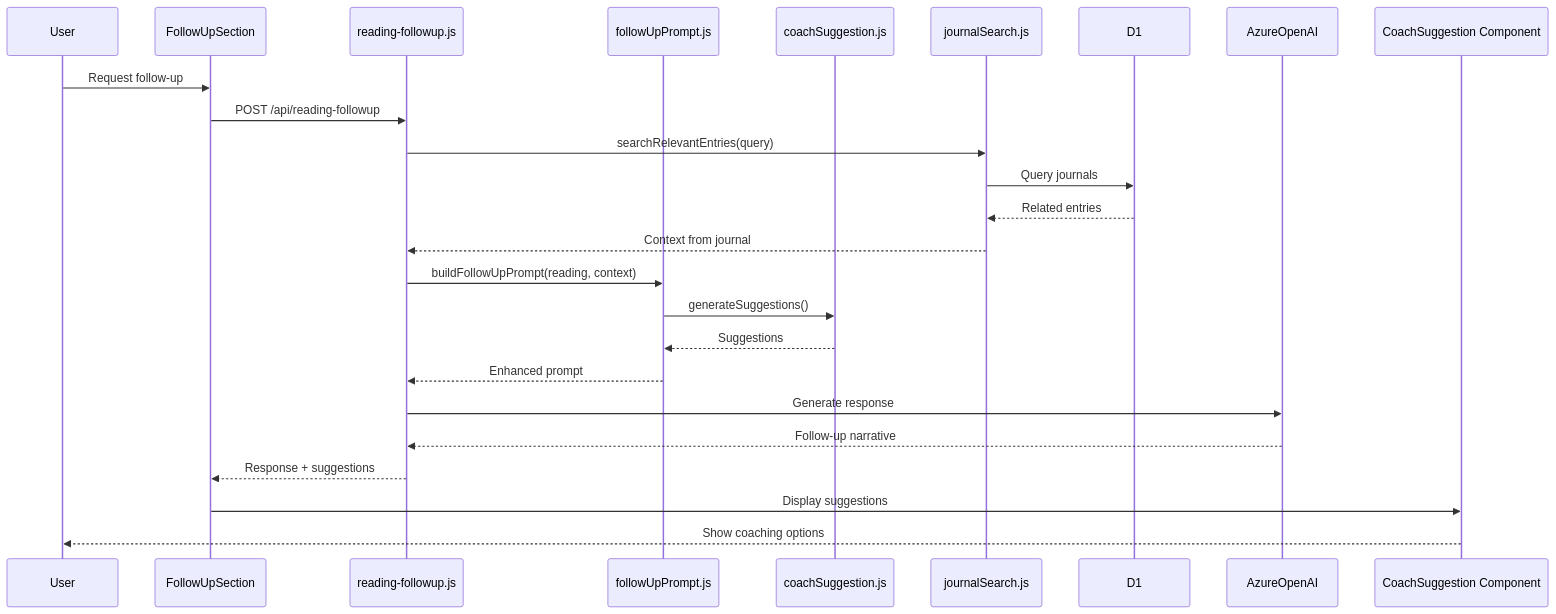
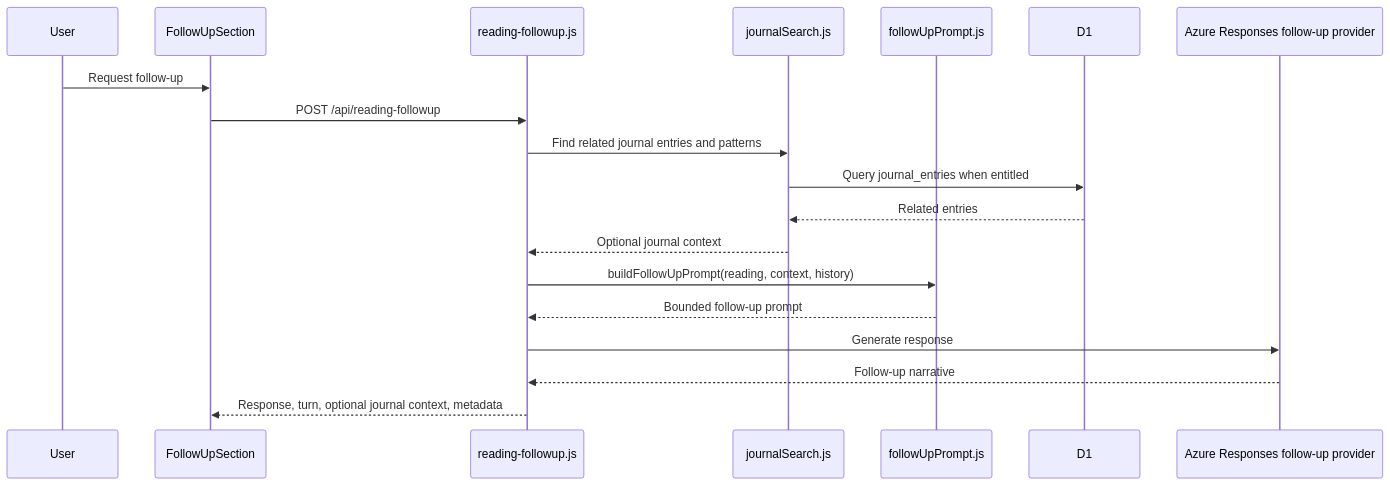
Before and after one commit to henryperkins/tarot: diagram 14 of 17 in docs/architecture/full-system-diagrams.md, drawn with Mermaid. The commit also changed other lines of this file and 54 other files, not shown here.

````diff
--- a/docs/architecture/full-system-diagrams.md
+++ b/docs/architecture/full-system-diagrams.md
@@ -647,28 +670,22 @@
 ```mermaid
 sequenceDiagram
     participant User
     participant FollowUpSection
     participant FollowUpAPI as reading-followup.js
+    participant JournalSearch as journalSearch.js
     participant FollowUpPrompt as followUpPrompt.js
-    participant CoachSuggestion as coachSuggestion.js
-    participant JournalSearch as journalSearch.js
     participant D1
-    participant AzureOpenAI
-    participant CoachComp as CoachSuggestion Component
+    participant Provider as Azure Responses follow-up provider
 
     User->>FollowUpSection: Request follow-up
     FollowUpSection->>FollowUpAPI: POST /api/reading-followup
-    FollowUpAPI->>JournalSearch: searchRelevantEntries(query)
-    JournalSearch->>D1: Query journals
+    FollowUpAPI->>JournalSearch: Find related journal entries and patterns
+    JournalSearch->>D1: Query journal_entries when entitled
     D1-->>JournalSearch: Related entries
-    JournalSearch-->>FollowUpAPI: Context from journal
-    FollowUpAPI->>FollowUpPrompt: buildFollowUpPrompt(reading, context)
-    FollowUpPrompt->>CoachSuggestion: generateSuggestions()
-    CoachSuggestion-->>FollowUpPrompt: Suggestions
-    FollowUpPrompt-->>FollowUpAPI: Enhanced prompt
-    FollowUpAPI->>AzureOpenAI: Generate response
-    AzureOpenAI-->>FollowUpAPI: Follow-up narrative
-    FollowUpAPI-->>FollowUpSection: Response + suggestions
-    FollowUpSection->>CoachComp: Display suggestions
-    CoachComp-->>User: Show coaching options
+    JournalSearch-->>FollowUpAPI: Optional journal context
+    FollowUpAPI->>FollowUpPrompt: buildFollowUpPrompt(reading, context, history)
+    FollowUpPrompt-->>FollowUpAPI: Bounded follow-up prompt
+    FollowUpAPI->>Provider: Generate response
+    Provider-->>FollowUpAPI: Follow-up narrative
+    FollowUpAPI-->>FollowUpSection: Response, turn, optional journal context, metadata
 ```
````
